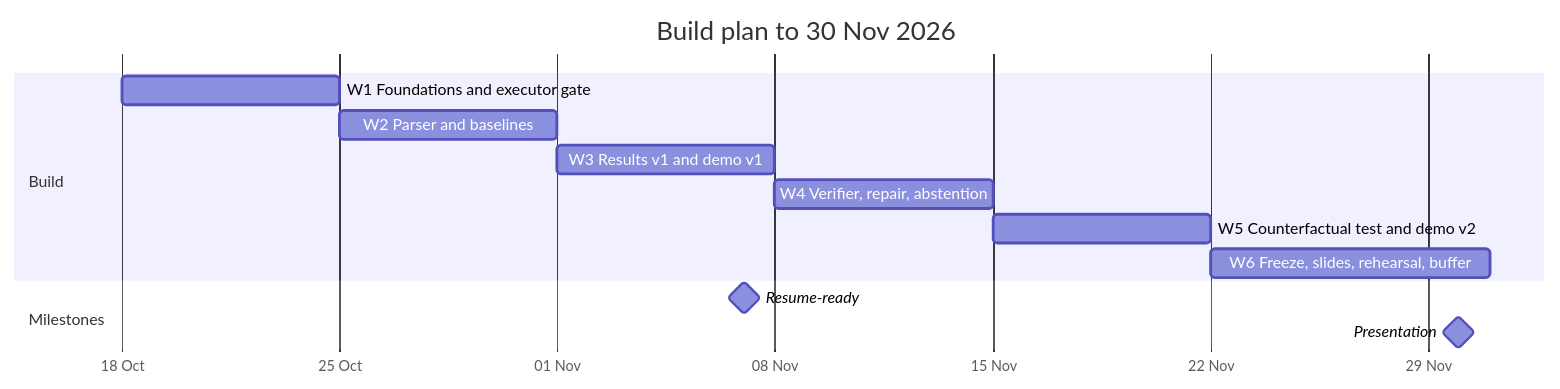
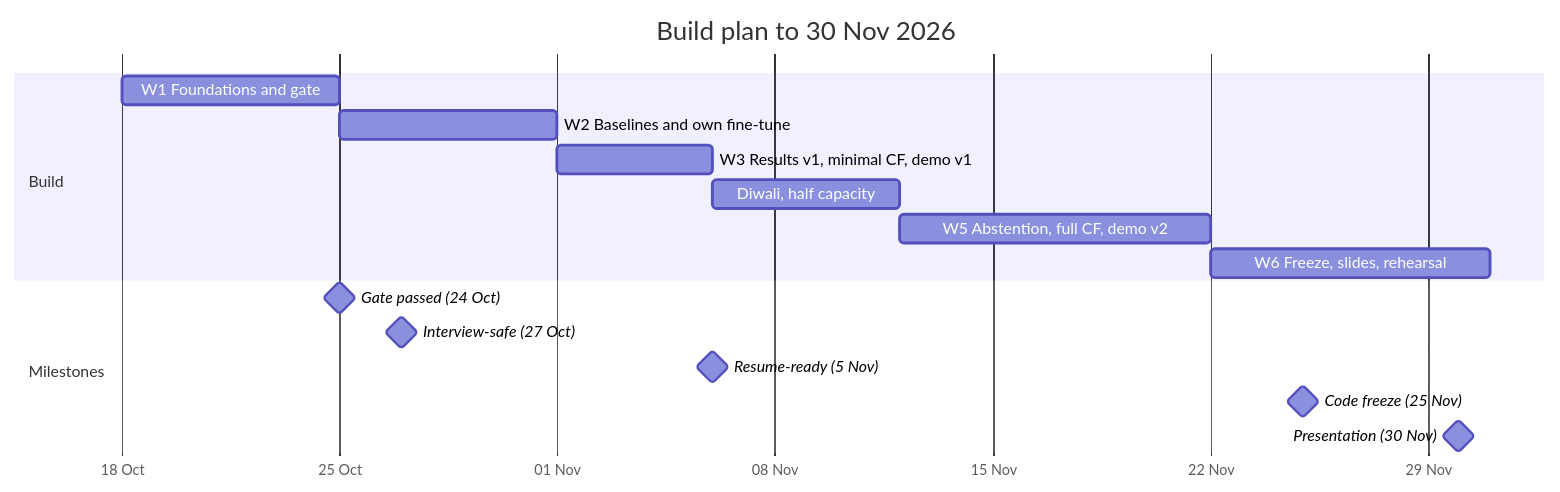
Before and after one commit to KalWardin-Dronzer/Neuro-Symbolic_reasoning: the diagram in PLAN.md, drawn with Mermaid. The commit also changed other lines of this file and 1 other file, not shown here.

First line of the commit message:
Revise explainer and plan after review

````diff
--- a/PLAN.md
+++ b/PLAN.md
@@ -64,16 +196,19 @@
 ```mermaid
 gantt
     title Build plan to 30 Nov 2026
     dateFormat YYYY-MM-DD
     axisFormat %d %b
     section Build
-    W1 Foundations and executor gate      :w1, 2026-10-18, 7d
-    W2 Parser and baselines               :w2, after w1, 7d
-    W3 Results v1 and demo v1             :w3, after w2, 7d
-    W4 Verifier, repair, abstention       :w4, after w3, 7d
-    W5 Counterfactual test and demo v2    :w5, after w4, 7d
-    W6 Freeze, slides, rehearsal, buffer  :w6, after w5, 9d
+    W1 Foundations and gate               :w1, 2026-10-18, 7d
+    W2 Baselines and own fine-tune        :w2, after w1, 7d
+    W3 Results v1, minimal CF, demo v1    :w3, after w2, 5d
+    Diwali, half capacity                 :w4, after w3, 6d
+    W5 Abstention, full CF, demo v2       :w5, after w4, 10d
+    W6 Freeze, slides, rehearsal          :w6, after w5, 9d
     section Milestones
-    Resume-ready                          :milestone, m1, 2026-11-07, 0d
-    Presentation                          :milestone, m2, 2026-11-30, 0d
+    Gate passed (24 Oct)                  :milestone, m0, after w1, 0d
+    Interview-safe (27 Oct)               :milestone, m1, 2026-10-27, 0d
+    Resume-ready (5 Nov)                  :milestone, m2, after w3, 0d
+    Code freeze (25 Nov)                  :milestone, m3, 2026-11-25, 0d
+    Presentation (30 Nov)                 :milestone, m4, 2026-11-30, 0d
 ```
````
